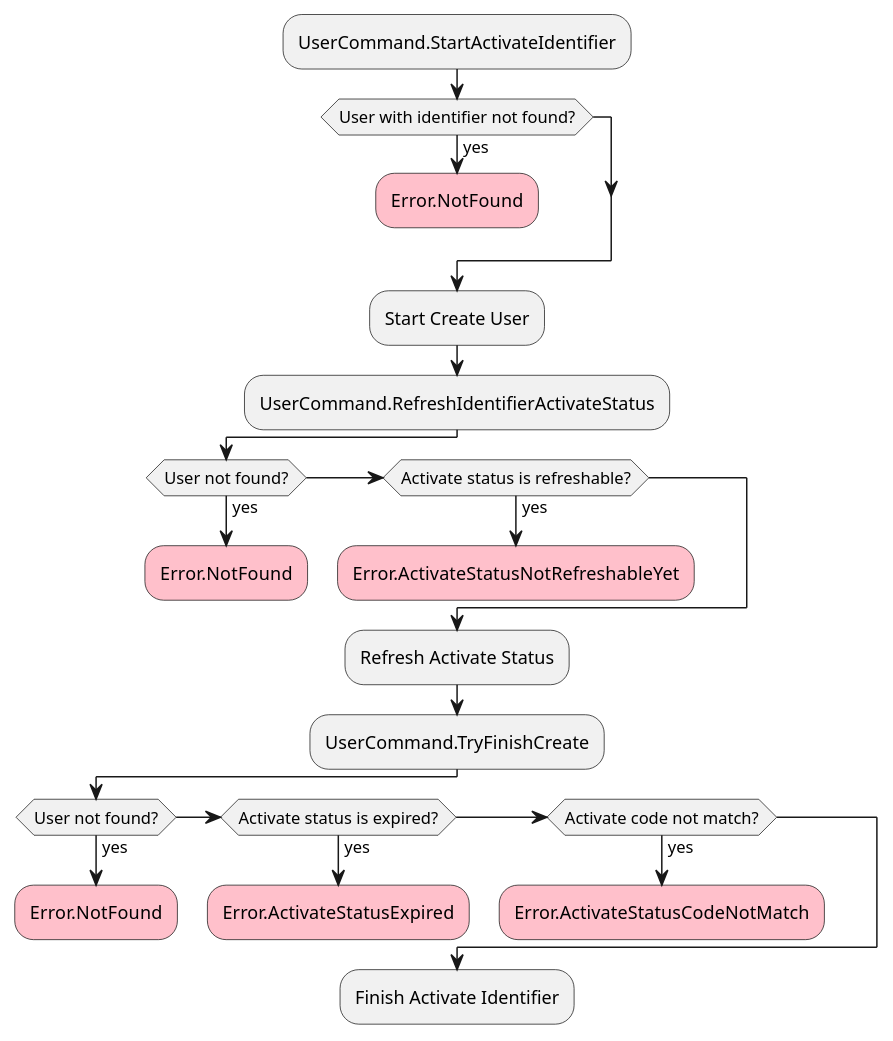
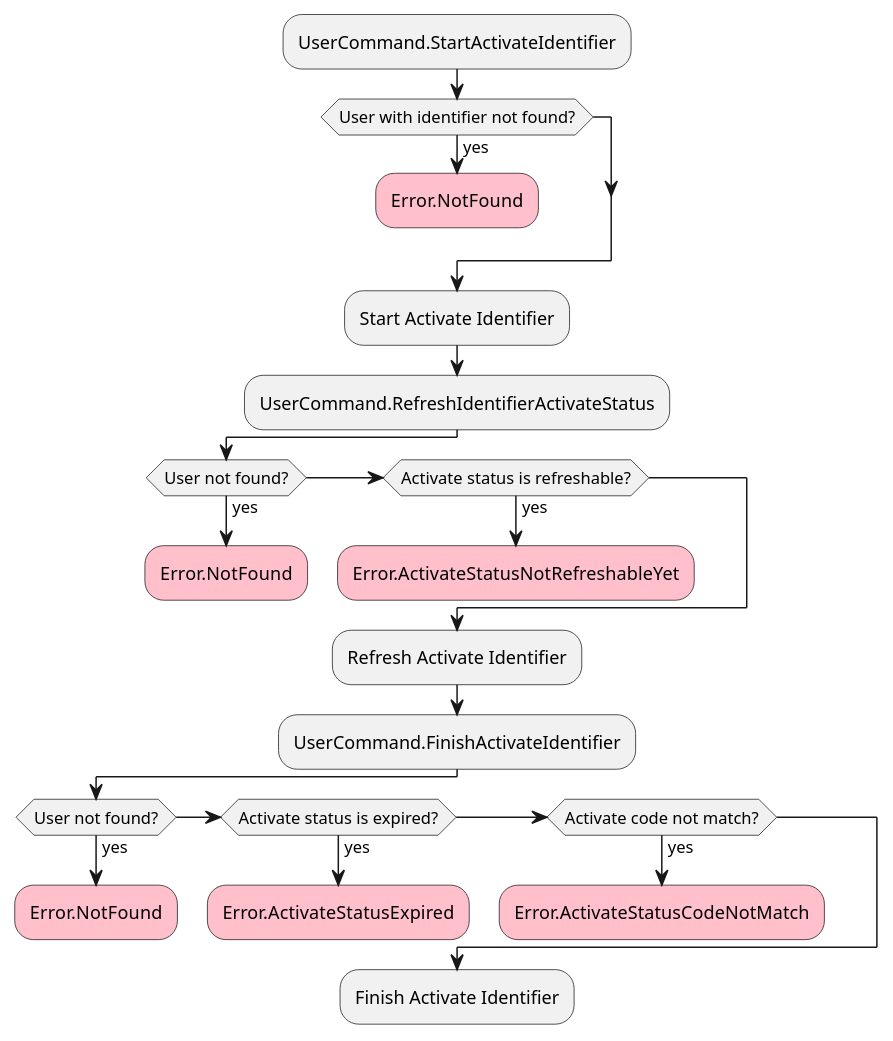
Before and after one commit to alices-wonderland/doorknob: diagram 15 of 18 in docs/docs/features.md, drawn with PlantUML. The commit also changed other lines of this file and 14 other files, not shown here.

````diff
--- a/docs/docs/features.md
+++ b/docs/docs/features.md
@@ -483,31 +483,31 @@
 ```plantuml
 @startuml
 :UserCommand.StartActivateIdentifier;
 if (User with identifier not found?) then (yes)
   #pink:Error.NotFound;
   kill
 endif
-:Start Create User;
+:Start Activate Identifier;
 :UserCommand.RefreshIdentifierActivateStatus;
 if (User not found?) then (yes)
   #pink:Error.NotFound;
   kill
 elseif (Activate status is refreshable?) then (yes)
   #pink:Error.ActivateStatusNotRefreshableYet;
   kill
 endif
-:Refresh Activate Status;
-:UserCommand.TryFinishCreate;
+:Refresh Activate Identifier;
+:UserCommand.FinishActivateIdentifier;
 if (User not found?) then (yes)
   #pink:Error.NotFound;
   kill
 elseif (Activate status is expired?) then (yes)
   #pink:Error.ActivateStatusExpired;
   kill
 elseif (Activate code not match?) then (yes)
   #pink:Error.ActivateStatusCodeNotMatch;
   kill
 endif
 :Finish Activate Identifier;
 @enduml
 ```
````
